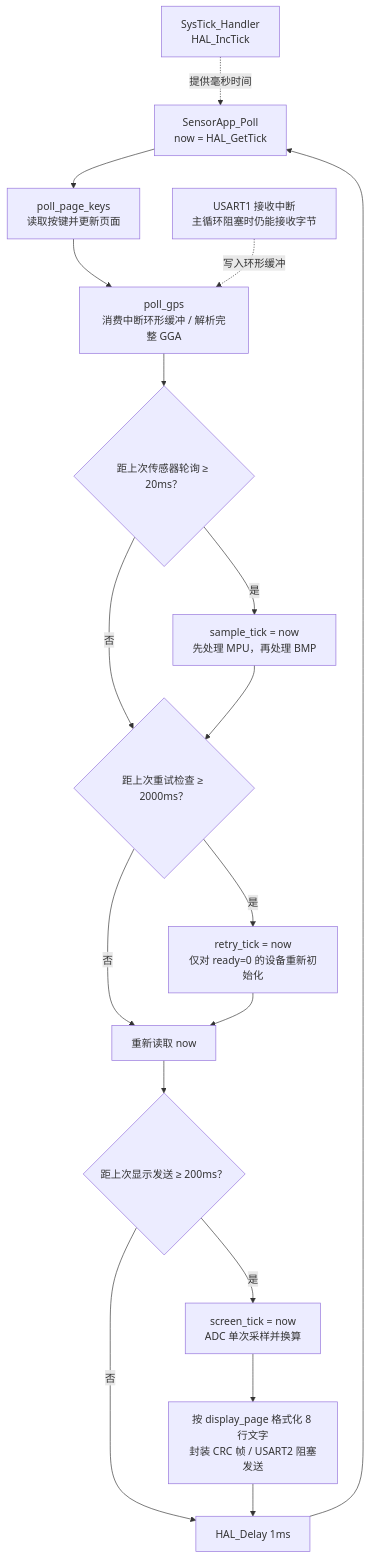
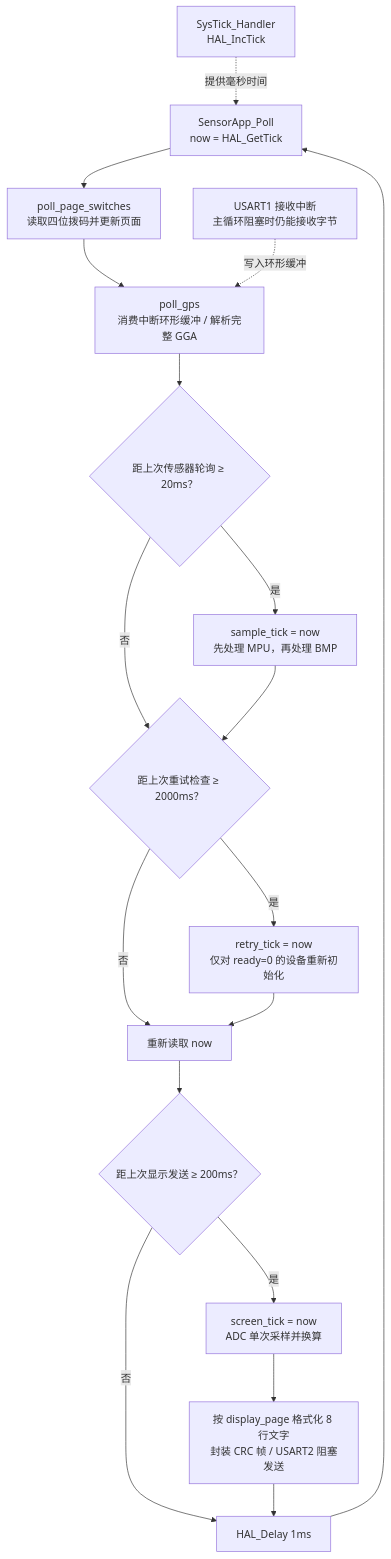
Before and after one commit to Killvinrie/quad: the third of 16 diagrams in software/docs/PROGRAM_FLOW.md, drawn with Mermaid. The commit also changed other lines of this file and 31 other files, not shown here.

````diff
--- a/software/docs/PROGRAM_FLOW.md
+++ b/software/docs/PROGRAM_FLOW.md
@@ -59,20 +59,20 @@
 ```mermaid
 flowchart TD
-    A["SensorApp_Poll<br/>now = HAL_GetTick"] --> B["poll_page_keys<br/>读取按键并更新页面"]
+    A["SensorApp_Poll<br/>now = HAL_GetTick"] --> B["poll_page_switches<br/>读取四位拨码并更新页面"]
     B --> C["poll_gps<br/>消费中断环形缓冲 / 解析完整 GGA"]
     C --> D{"距上次传感器轮询 ≥ 20ms？"}
     D -- 是 --> E["sample_tick = now<br/>先处理 MPU，再处理 BMP"]
     D -- 否 --> F{"距上次重试检查 ≥ 2000ms？"}
     E --> F
     F -- 是 --> G["retry_tick = now<br/>仅对 ready=0 的设备重新初始化"]
     F -- 否 --> H["重新读取 now"]
     G --> H
     H --> I{"距上次显示发送 ≥ 200ms？"}
     I -- 是 --> J["screen_tick = now<br/>ADC 单次采样并换算"]
     J --> K["按 display_page 格式化 8 行文字<br/>封装 CRC 帧 / USART2 阻塞发送"]
     I -- 否 --> L["HAL_Delay 1ms"]
     K --> L
     L --> A
     IRQ["USART1 接收中断<br/>主循环阻塞时仍能接收字节"] -. "写入环形缓冲" .-> C
     TICK["SysTick_Handler<br/>HAL_IncTick"] -. "提供毫秒时间" .-> A
 ```
````
